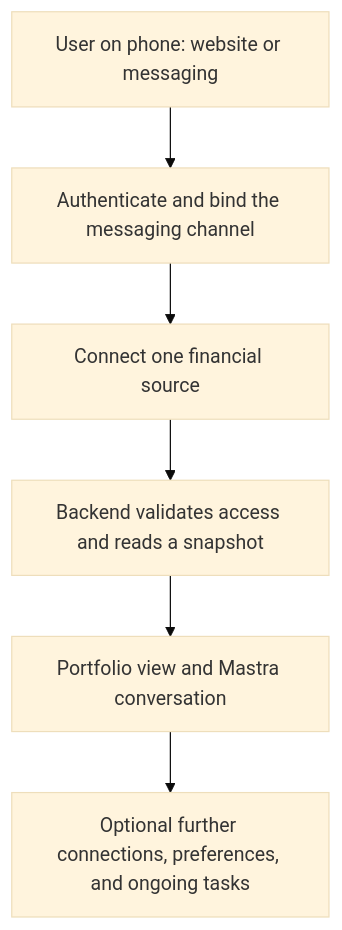
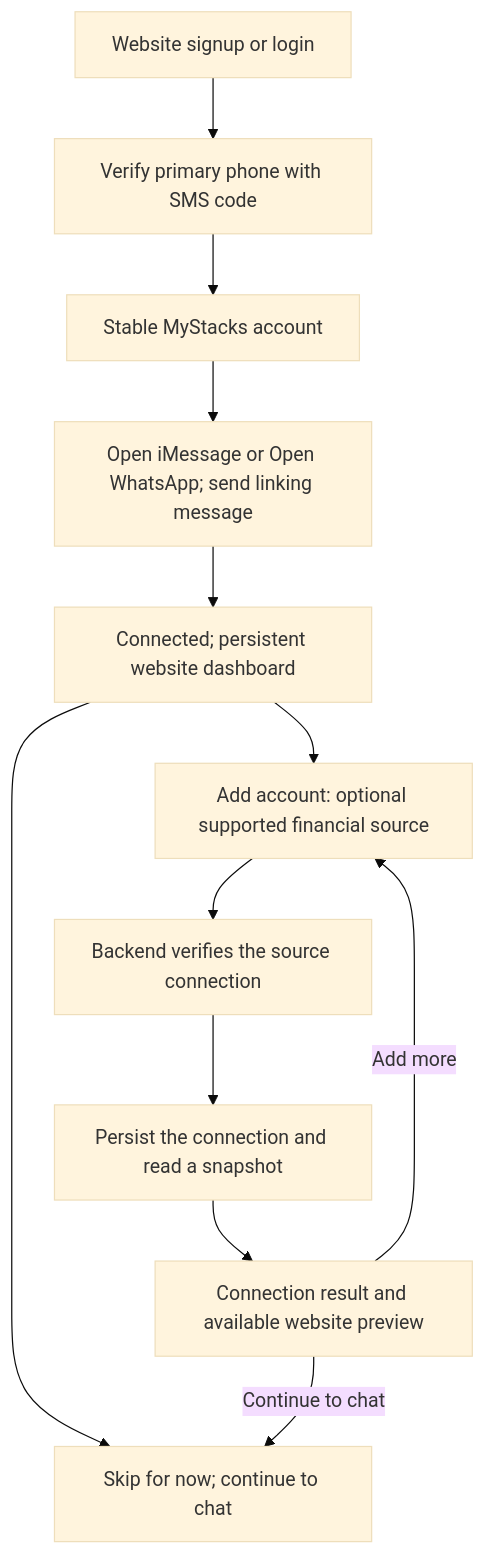
Before and after one commit to hsignals/ms-agentic-be: the diagram in docs/design/onboarding.md, drawn with Mermaid (base theme). The commit also changed other lines of this file and 19 other files, not shown here.

Commit message:
Document agreed Phase 1 user stories and channel boundaries

````diff
--- a/docs/design/onboarding.md
+++ b/docs/design/onboarding.md
@@ -13,8 +21,14 @@
 ```mermaid
 flowchart TD
-    U["User on phone: website or messaging"] --> A["Authenticate and bind the messaging channel"]
-    A --> C["Connect one financial source"]
-    C --> F["Backend validates access and reads a snapshot"]
-    F --> P["Portfolio view and Mastra conversation"]
-    P --> N["Optional further connections, preferences, and ongoing tasks"]
+    U["Website signup or login"] --> A["Verify primary phone with SMS code"]
+    A --> M["Stable MyStacks account"]
+    M --> L["Open iMessage or Open WhatsApp; send linking message"]
+    L --> D["Connected; persistent website dashboard"]
+    D --> C["Add account: optional supported financial source"]
+    D --> N["Skip for now; continue to chat"]
+    C --> V["Backend verifies the source connection"]
+    V --> F["Persist the connection and read a snapshot"]
+    F --> P["Connection result and available website preview"]
+    P -->|Add more| C
+    P -->|Continue to chat| N
 ```
````
